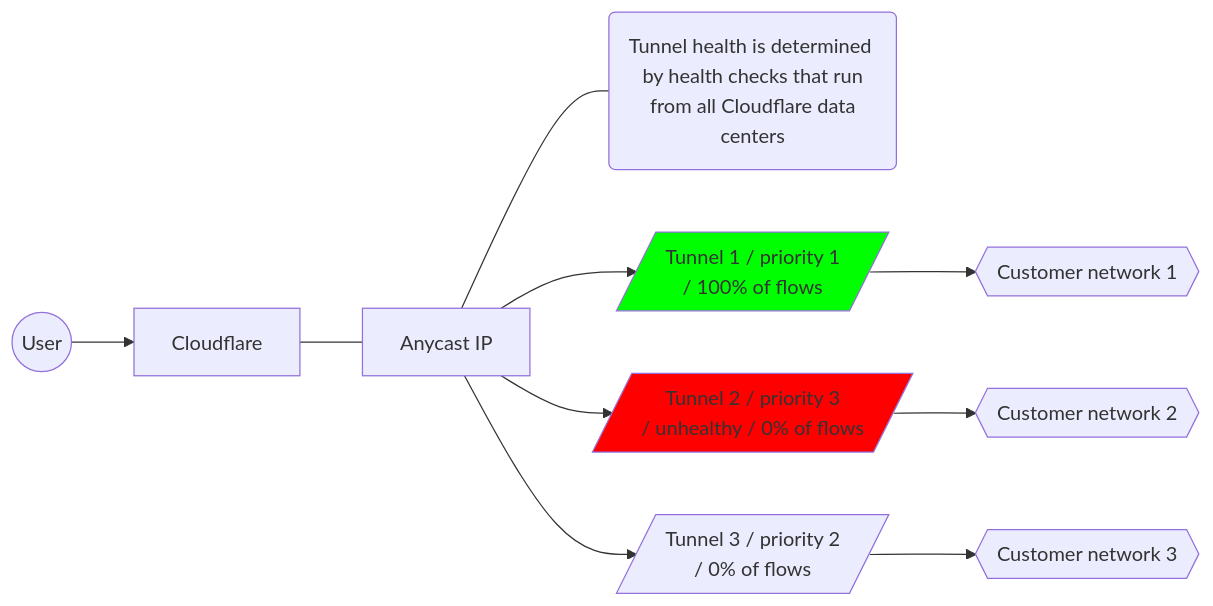
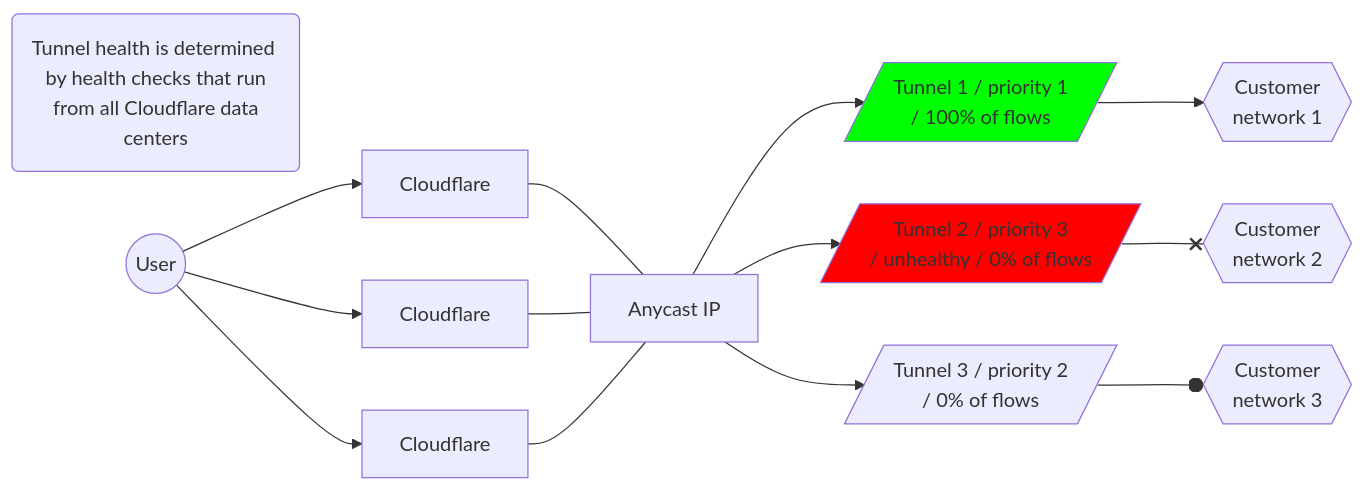
Before and after one commit to cloudflare/cloudflare-docs: the third of 4 diagrams in content/magic-wan/reference/traffic-steering.md, drawn with Mermaid. The commit also changed other lines of this file, not shown here.

Commit message:
updated graphics traffic steering mwan

````diff
--- a/content/magic-wan/reference/traffic-steering.md
+++ b/content/magic-wan/reference/traffic-steering.md
@@ -71,11 +72,12 @@
 ```mermaid
 flowchart LR
 classDef red fill:#FF0000
 classDef green fill:#00FF00
 accTitle: Tunnels diagram
 accDescr: This example has Tunnel 2 unhealthy, and all traffic prioritized to Tunnel 1.
-A((User)) --> B[Cloudflare] --- C[Anycast IP] --- D(Tunnel health is determined <br> by health checks that run <br> from all Cloudflare data centers)
-C[Anycast IP] --> E[/Tunnel 1 / priority 1 <br> / 100% of flows/]:::green --> H{{Customer network 1}}
-C[Anycast IP] --> F[/Tunnel 2 / priority 3 <br> / unhealthy / 0% of flows/]:::red --> I{{Customer network 2}}
-C[Anycast IP] --> G[/Tunnel 3 / priority 2 <br> / 0% of flows/] --> J{{Customer network 3}}
+D(Tunnel health is determined <br> by health checks that run <br> from all Cloudflare data centers)
+A((User)) --> B[Cloudflare] & x[Cloudflare] & z[Cloudflare] --- C[Anycast IP]
+C[Anycast IP] --> E[/Tunnel 1 / priority 1 <br> / 100% of flows/]:::green --> H{{Customer <br> network 1}}
+C[Anycast IP] --> F[/Tunnel 2 / priority 3 <br> / unhealthy / 0% of flows/]:::red --x I{{Customer <br> network 2}}
+C[Anycast IP] --> G[/Tunnel 3 / priority 2 <br> / 0% of flows/] --o J{{Customer <br> network 3}}
 ```
````
